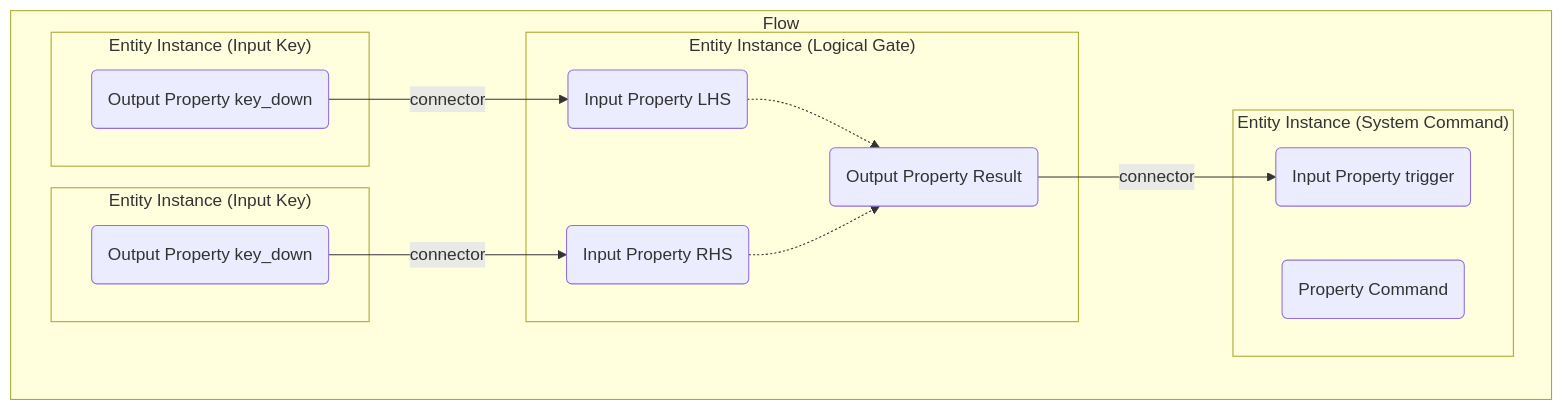
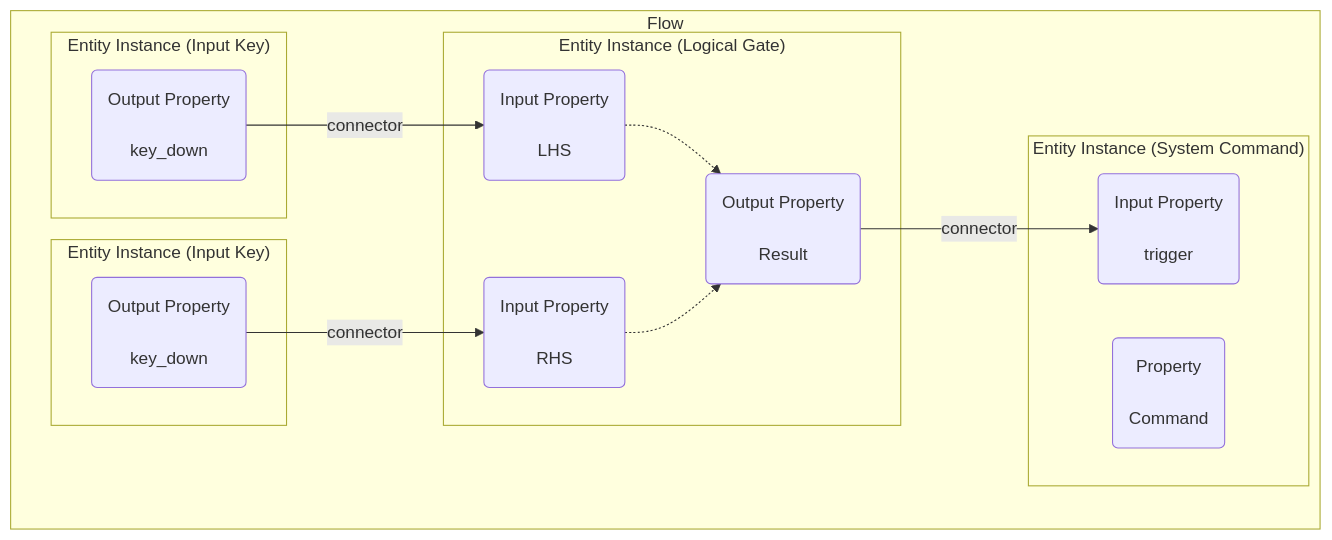
The fourth of 4 diagrams in docs/inexor-rgf/src/About.md (reactive-graph/reactive-graph), drawn with Mermaid before and after one commit. The commit also changed other lines of this file, not shown here.

Commit message:
Improved diagrams

````diff
--- a/docs/inexor-rgf/src/About.md
+++ b/docs/inexor-rgf/src/About.md
@@ -171,29 +171,29 @@
 ```mermaid
 flowchart LR
     subgraph flow ["Flow"]
         direction LR
         subgraph key_ctrl ["Entity Instance (Input Key)"]
-            CTRL_KD(Output Property key_down);
+            CTRL_KD(Output Property<br><br>key_down);
         end
     
         subgraph key_f10 ["Entity Instance (Input Key)"]
-            F10_KD(Output Property key_down);
+            F10_KD(Output Property<br><br>key_down);
         end
     
         CTRL_KD-->|connector|LHS;
         F10_KD-->|connector|RHS;
     
         subgraph logicalgate ["Entity Instance (Logical Gate)"]
-            LHS(Input Property LHS)-.->RESULT;
-            RHS(Input Property RHS)-.->RESULT;
-            RESULT(Output Property Result);
+            LHS(Input Property<br><br>LHS)-.->RESULT;
+            RHS(Input Property<br><br>RHS)-.->RESULT;
+            RESULT(Output Property<br><br>Result);
         end
     
-        RESULT(Output Property Result)-->|connector|CMD_EXIT(Input Property trigger);
+        RESULT-->|connector|CMD_EXIT(Input Property trigger);
     
         subgraph system_command_exit ["Entity Instance (System Command)"]
-            CMD_COMMAND(Property Command);
-            CMD_EXIT(Input Property trigger)
+            CMD_COMMAND(Property<br><br>Command);
+            CMD_EXIT(Input Property<br><br>trigger)
         end
     end
 ```
````
